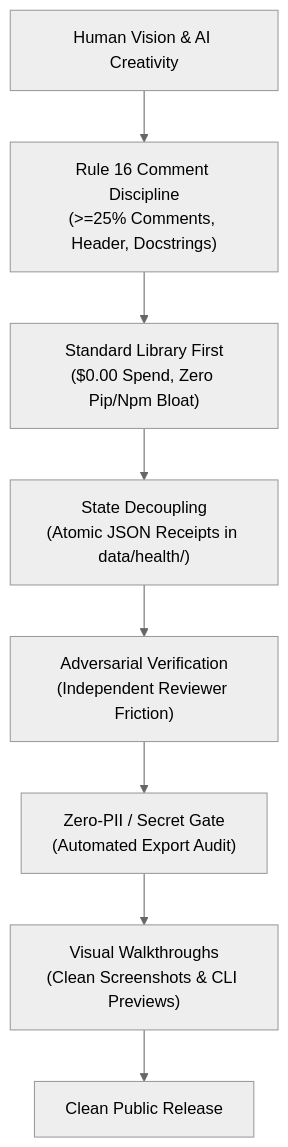
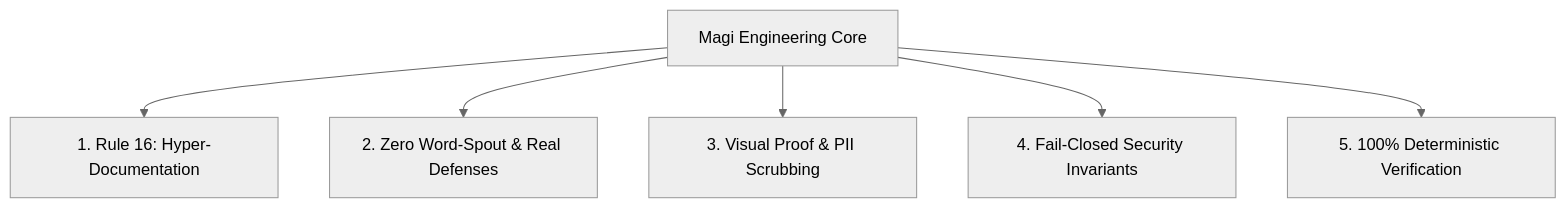
One commit to Ethan-da-Tech-Wizard/wireguard-mesh-syslog changed the first of 2 diagrams in MAGI_BIBLE.md. Above: the diagram before and after it, drawn with Mermaid (neutral theme). The commit also changed other lines of this file and 3 other files, not shown here.

First line of the commit message:
ci & docs: add GitHub Actions CI workflow, visual walkthrough previews, and Magi Bible

````diff
--- a/MAGI_BIBLE.md
+++ b/MAGI_BIBLE.md
@@ -12,10 +32,8 @@
 ```mermaid
 flowchart TD
-    A["Human Vision & AI Creativity"] --> B["Rule 16 Comment Discipline<br/>(>=25% Comments, Header, Docstrings)"]
-    B --> C["Standard Library First<br/>($0.00 Spend, Zero Pip/Npm Bloat)"]
-    C --> D["State Decoupling<br/>(Atomic JSON Receipts in data/health/)"]
-    D --> E["Adversarial Verification<br/>(Independent Reviewer Friction)"]
-    E --> F["Zero-PII / Secret Gate<br/>(Automated Export Audit)"]
-    F --> G["Visual Walkthroughs<br/>(Clean Screenshots & CLI Previews)"]
-    G --> H["Clean Public Release"]
+    A["Magi Engineering Core"] --> B["1. Rule 16: Hyper-Documentation"]
+    A --> C["2. Zero Word-Spout & Real Defenses"]
+    A --> D["3. Visual Proof & PII Scrubbing"]
+    A --> E["4. Fail-Closed Security Invariants"]
+    A --> F["5. 100% Deterministic Verification"]
 ```
````
